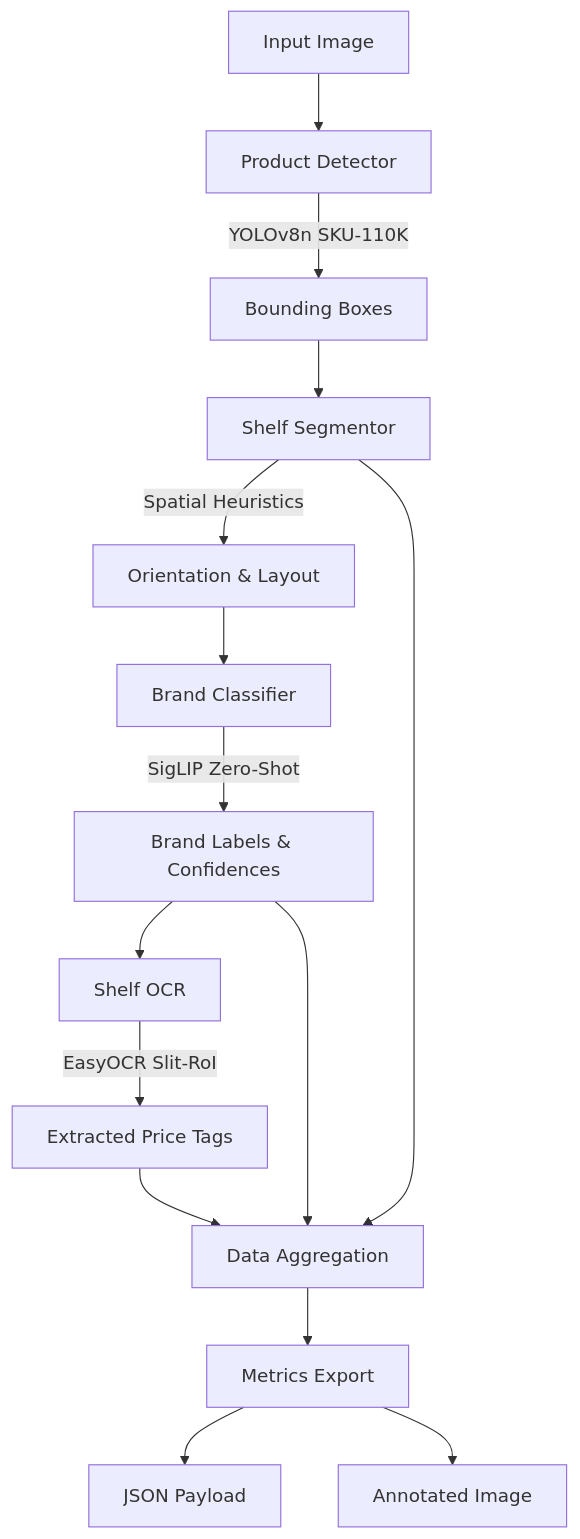
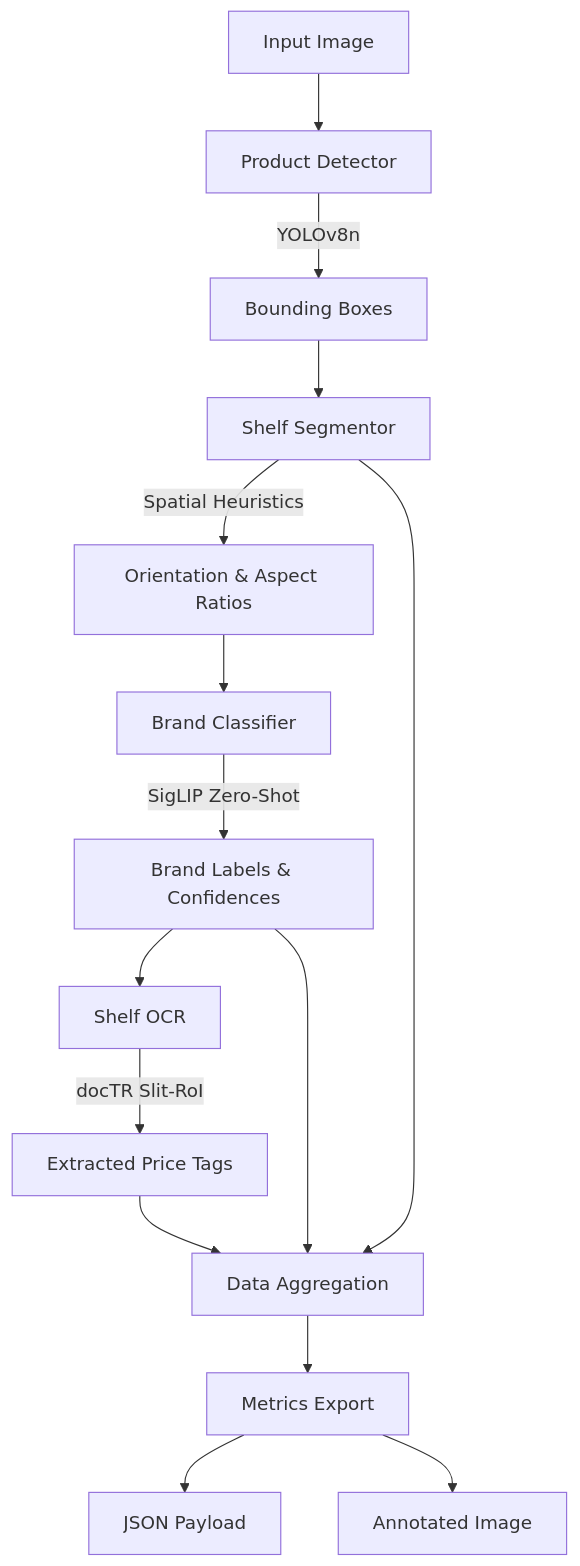
The diagram in README.md (Saichandra30/Retail-Shelf-Intelligence-Platform), drawn with Mermaid before and after one commit. The commit also changed other lines of this file and 5 other files, not shown here.

````diff
--- a/README.md
+++ b/README.md
@@ -48,22 +52,22 @@
 ```mermaid
 graph TD
     A[Input Image] --> B[Product Detector]
-    B -->|YOLOv8n SKU-110K| C[Bounding Boxes]
+    B -->|YOLOv8n| C[Bounding Boxes]
     
     C --> D[Shelf Segmentor]
-    D -->|Spatial Heuristics| E[Orientation & Layout]
+    D -->|Spatial Heuristics| E[Orientation & Aspect Ratios]
     
     E --> F[Brand Classifier]
     F -->|SigLIP Zero-Shot| G[Brand Labels & Confidences]
     
     G --> H[Shelf OCR]
-    H -->|EasyOCR Slit-RoI| I[Extracted Price Tags]
+    H -->|docTR Slit-RoI| I[Extracted Price Tags]
     
     I --> J[Data Aggregation]
     G --> J
     D --> J
     
     J --> K[Metrics Export]
     K --> L[JSON Payload]
     K --> M[Annotated Image]
 ```
````
